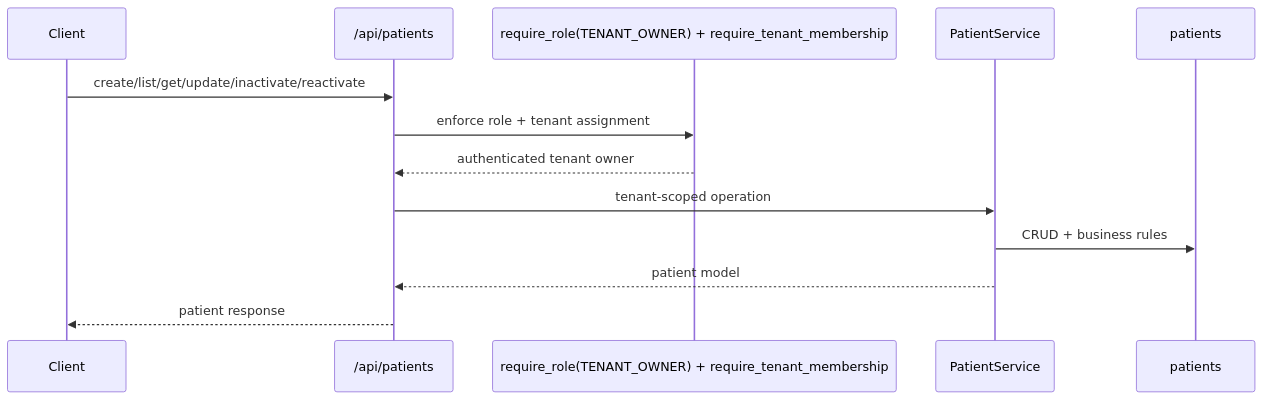
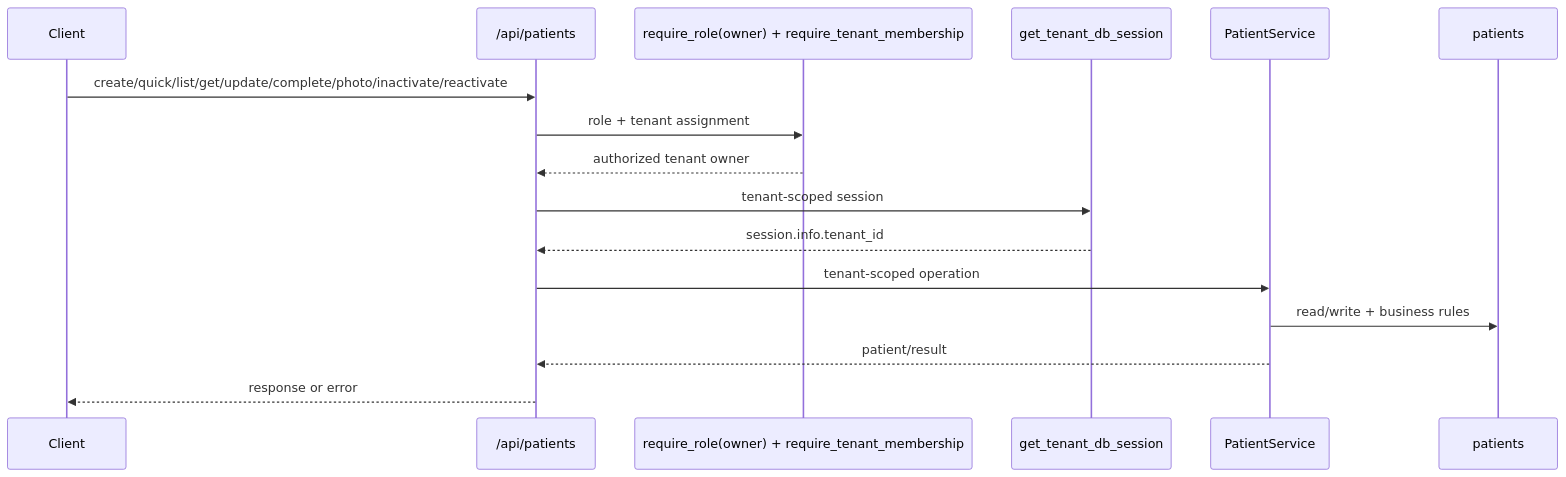
One commit to adriangpo/mindflow-api changed the first of 3 diagrams in docs/features/patient.md. Above: the diagram before and after it, drawn with Mermaid. The commit also changed other lines of this file and 5 other files, not shown here.

````diff
--- a/docs/features/patient.md
+++ b/docs/features/patient.md
@@ -7,16 +27,19 @@
 ```mermaid
 sequenceDiagram
     participant Client
     participant Router as /api/patients
-    participant Guard as require_role(TENANT_OWNER) + require_tenant_membership
+    participant Guard as require_role(owner) + require_tenant_membership
+    participant TenantDB as get_tenant_db_session
     participant Service as PatientService
     participant DB as patients
 
-    Client->>Router: create/list/get/update/inactivate/reactivate
-    Router->>Guard: enforce role + tenant assignment
-    Guard-->>Router: authenticated tenant owner
+    Client->>Router: create/quick/list/get/update/complete/photo/inactivate/reactivate
+    Router->>Guard: role + tenant assignment
+    Guard-->>Router: authorized tenant owner
+    Router->>TenantDB: tenant-scoped session
+    TenantDB-->>Router: session.info.tenant_id
     Router->>Service: tenant-scoped operation
-    Service->>DB: CRUD + business rules
-    Service-->>Router: patient model
-    Router-->>Client: patient response
+    Service->>DB: read/write + business rules
+    Service-->>Router: patient/result
+    Router-->>Client: response or error
 ```
````
